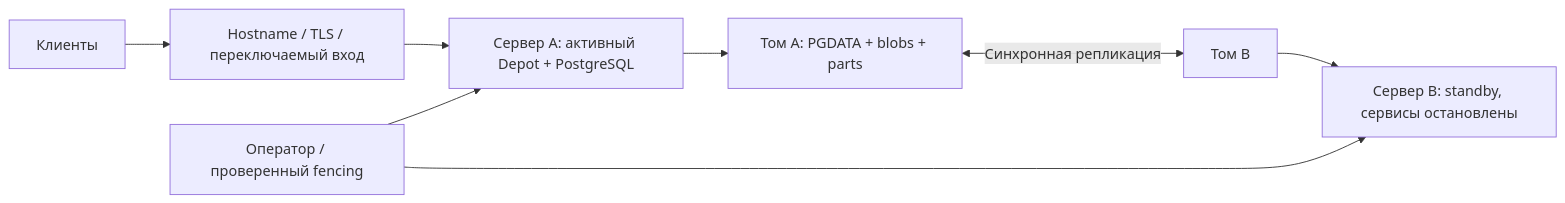
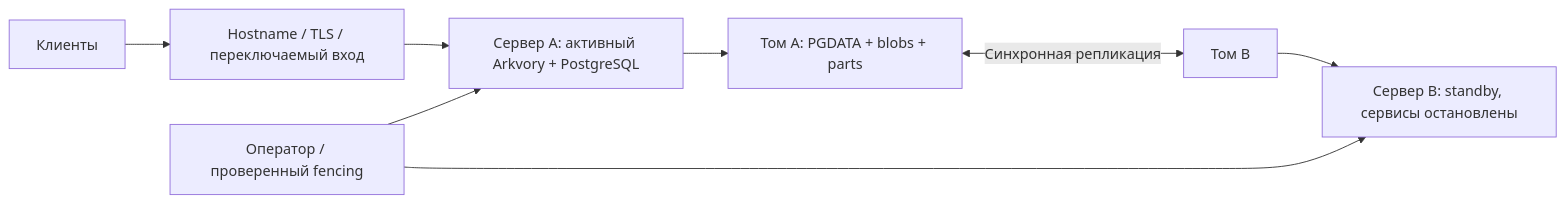
The diagram in docs/TWO_NODE_PLAN.md (ProAnima/Arkvory), drawn with Mermaid before and after one commit. The commit also changed other lines of this file and 433 other files, not shown here.

````diff
--- a/docs/TWO_NODE_PLAN.md
+++ b/docs/TWO_NODE_PLAN.md
@@ -9,10 +9,10 @@
 ```mermaid
 flowchart LR
     C[Клиенты] --> E[Hostname / TLS / переключаемый вход]
-    E --> A[Сервер A: активный Depot + PostgreSQL]
+    E --> A[Сервер A: активный Arkvory + PostgreSQL]
     A --> VA[Том A: PGDATA + blobs + parts]
     VA <-->|Синхронная репликация| VB[Том B]
     VB --> B[Сервер B: standby, сервисы остановлены]
     F[Оператор / проверенный fencing] --> A
     F --> B
 ```
````
